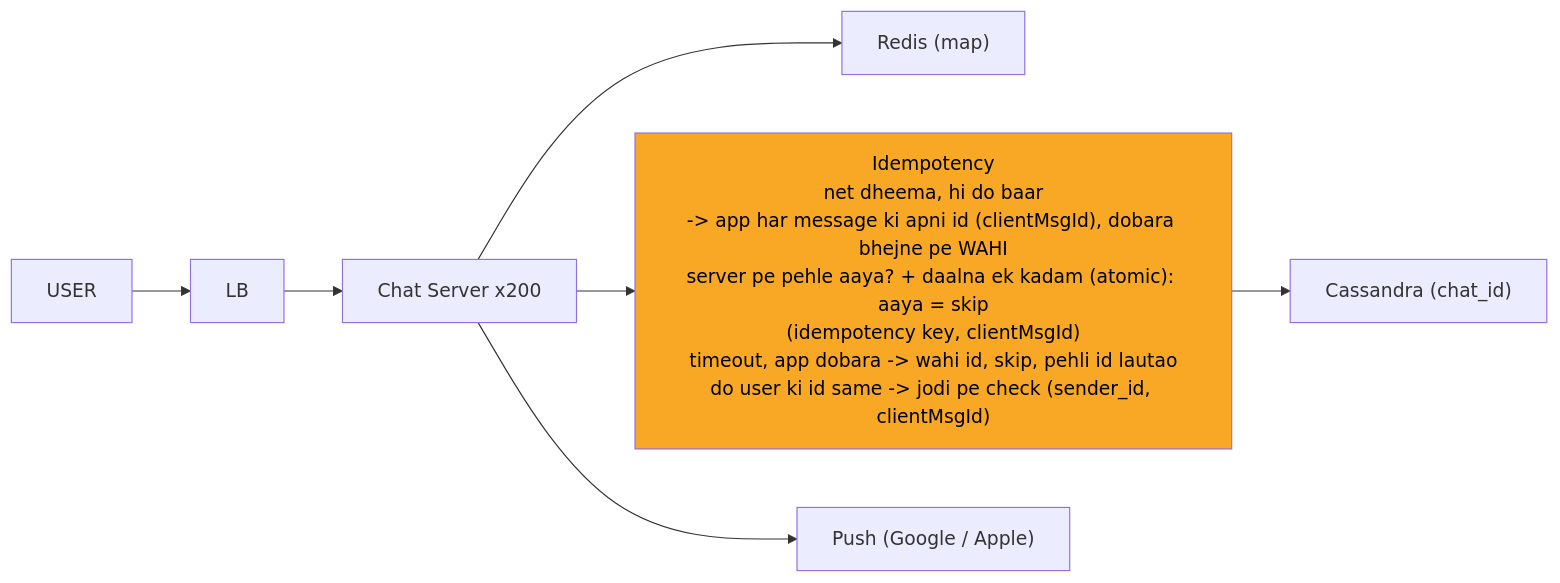
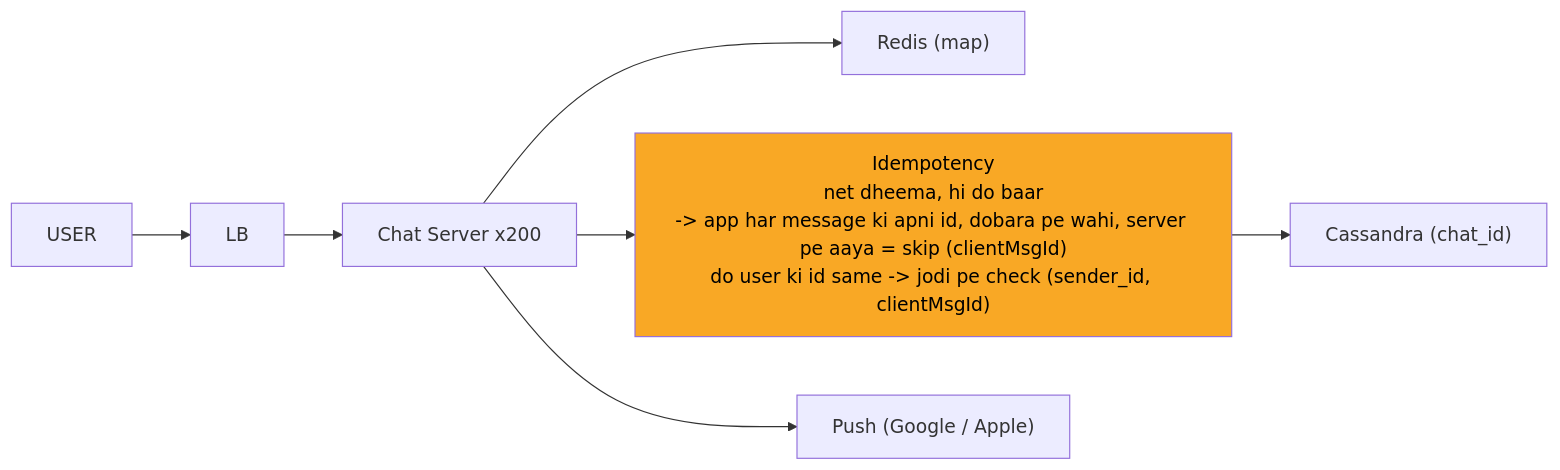
Before and after one commit to ArpanMaheshwari144/Prep: the diagram in 04_HLD/SYSTEM_DESIGNS/14_chat_messaging/img/c5.mmd, drawn with Mermaid. The commit also changed 43 other files, not shown here.

```diff
--- a/04_HLD/SYSTEM_DESIGNS/14_chat_messaging/img/c5.mmd
+++ b/04_HLD/SYSTEM_DESIGNS/14_chat_messaging/img/c5.mmd
@@ -1,16 +1,16 @@
 %%{init: {"flowchart": {"wrappingWidth": 450}}}%%
 flowchart LR
     n_U["USER"]
     n_LB["LB"]
     n_CS["Chat Server x200"]
     n_R["Redis (map)"]
-    n_I["Idempotency<br/>net dheema, hi do baar<br/>-> app har message ki apni id (clientMsgId), dobara bhejne pe WAHI<br/>server pe pehle aaya? + daalna ek kadam (atomic): aaya = skip<br/>(idempotency key, clientMsgId)<br/>timeout, app dobara -> wahi id, skip, pehli id lautao<br/>do user ki id same -> jodi pe check (sender_id, clientMsgId)"]
+    n_I["Idempotency<br/>net dheema, hi do baar<br/>-> app har message ki apni id, dobara pe wahi, server pe aaya = skip (clientMsgId)<br/>do user ki id same -> jodi pe check (sender_id, clientMsgId)"]
     n_CA["Cassandra (chat_id)"]
     n_P["Push (Google / Apple)"]
     n_U --> n_LB
     n_LB --> n_CS
     n_CS --> n_R
     n_CS --> n_I
     n_I --> n_CA
     n_CS --> n_P
     style n_I fill:#f9a825,color:#000
```
